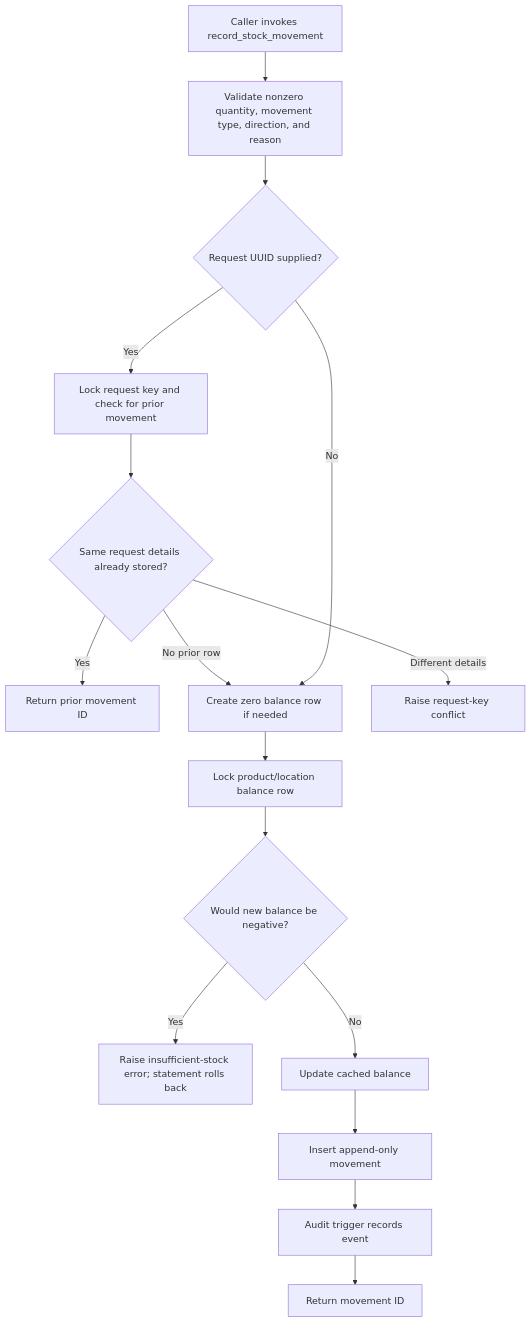
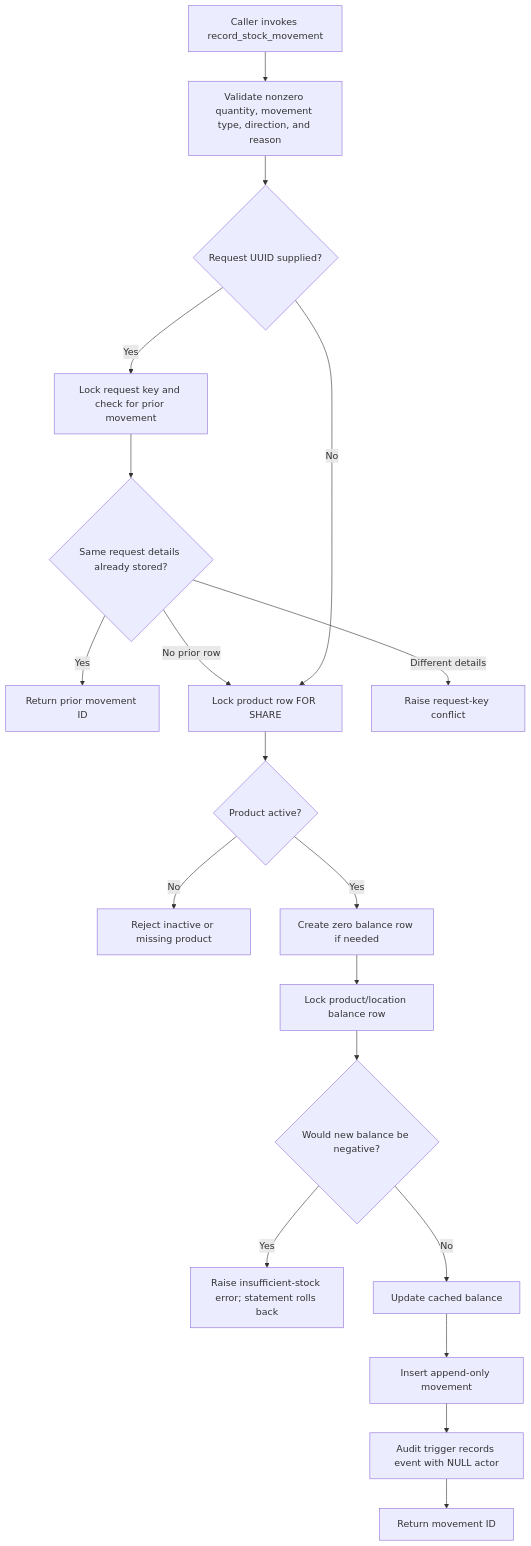
Before and after one commit to sysinfo7/Inventory_System: the second of 2 diagrams in docs/ARCHITECTURE.md, drawn with Mermaid. The commit also changed other lines of this file and 22 other files, not shown here.

````diff
--- a/docs/ARCHITECTURE.md
+++ b/docs/ARCHITECTURE.md
@@ -67,18 +67,21 @@
 ```mermaid
 flowchart TD
     A[Caller invokes record_stock_movement] --> B[Validate nonzero quantity, movement type, direction, and reason]
     B --> C{Request UUID supplied?}
     C -- Yes --> D[Lock request key and check for prior movement]
     D --> E{Same request details already stored?}
     E -- Yes --> F[Return prior movement ID]
-    E -- No prior row --> G[Create zero balance row if needed]
+    E -- No prior row --> G[Lock product row FOR SHARE]
     E -- Different details --> H[Raise request-key conflict]
     C -- No --> G
-    G --> I[Lock product/location balance row]
-    I --> J{Would new balance be negative?}
-    J -- Yes --> K[Raise insufficient-stock error; statement rolls back]
-    J -- No --> L[Update cached balance]
-    L --> M[Insert append-only movement]
-    M --> N[Audit trigger records event]
-    N --> O[Return movement ID]
+    G --> I{Product active?}
+    I -- No --> R[Reject inactive or missing product]
+    I -- Yes --> J[Create zero balance row if needed]
+    J --> K[Lock product/location balance row]
+    K --> L{Would new balance be negative?}
+    L -- Yes --> M[Raise insufficient-stock error; statement rolls back]
+    L -- No --> N[Update cached balance]
+    N --> O[Insert append-only movement]
+    O --> P[Audit trigger records event with NULL actor]
+    P --> Q[Return movement ID]
 ```
````
